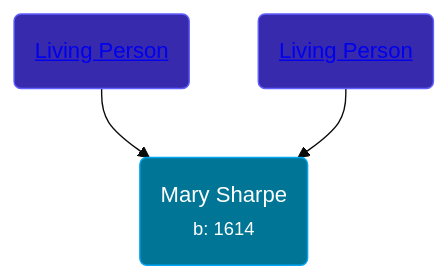
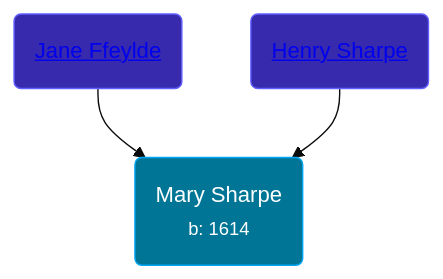
One commit to wpmgotkh/wpmgotkh.github.io changed the diagram in pages/people/1/10735316.md. Above: the diagram before and after it, drawn with Mermaid (base theme). The commit also changed other lines of this file and 586 other files, not shown here.

Commit message:
feat: better shouldConsiderPersonLiving algo

````diff
--- a/pages/people/1/10735316.md
+++ b/pages/people/1/10735316.md
@@ -10,9 +10,9 @@
 ```mermaid
 graph
 classDef grands fill:#193cb8,stroke:#2b7fff,stroke-width:1px,color:#fff;
 classDef parents fill:#372aac,stroke:#615fff,stroke-width:1px,color:#fff;
 classDef primary fill:#007595,stroke:#00a6f4,stroke-width:1px,color:#fff;
 10735316(Mary Sharpe<br /><small>b: 1614</small>):::primary
-96496385(<a class="text-white" href="/people/9/96496385">Living Person</a>):::parents-->10735316
-46530053(<a class="text-white" href="/people/4/46530053">Living Person</a>):::parents-->10735316
+96496385(<a class="text-white" href="/people/9/96496385">Jane Ffeylde</a>):::parents-->10735316
+46530053(<a class="text-white" href="/people/4/46530053">Henry Sharpe</a>):::parents-->10735316
 ```
````
